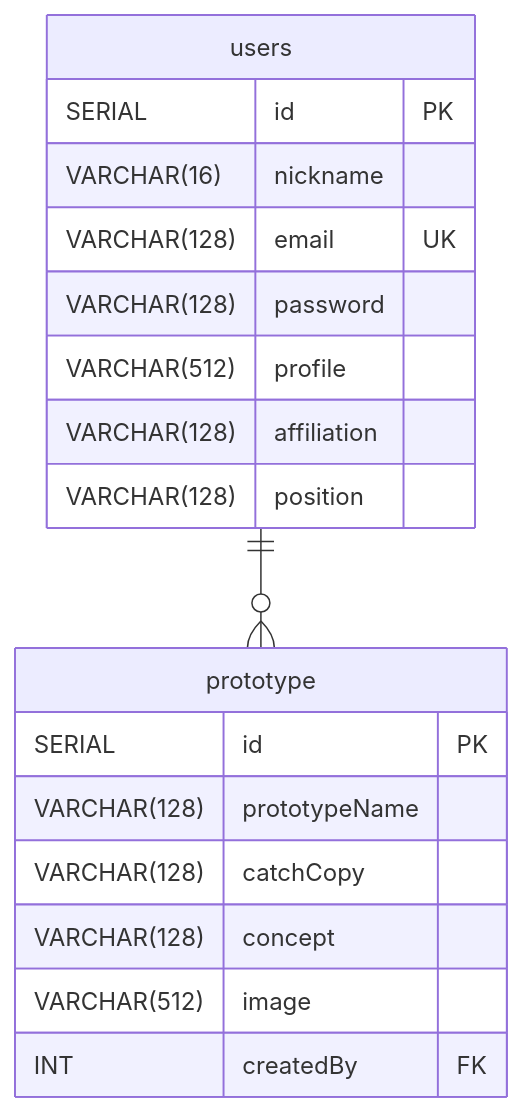
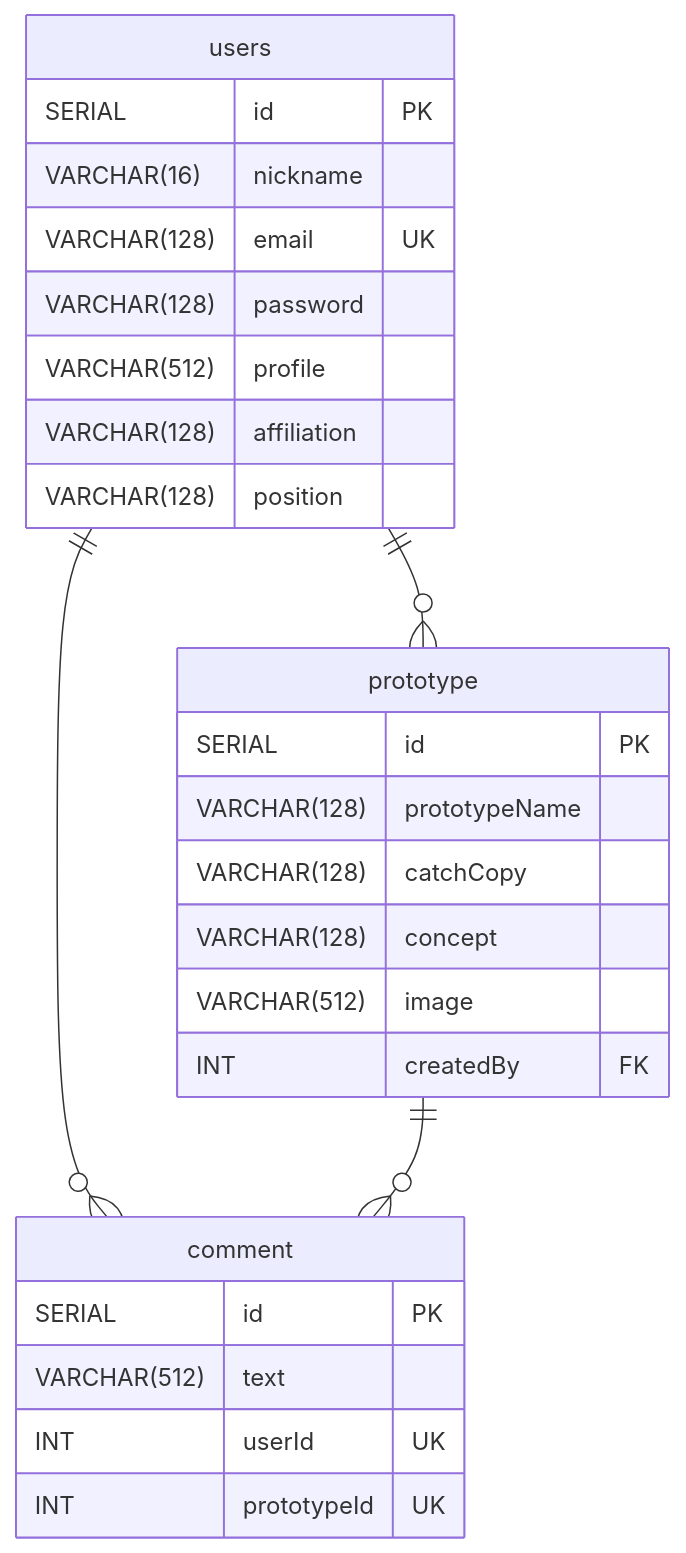
The diagram in README.md (Maeda-smart/protospace-b), drawn with Mermaid before and after one commit.

Commit message:
現状を反映

````diff
--- a/README.md
+++ b/README.md
@@ -16,21 +16,29 @@
 ```mermaid
 erDiagram
   users ||--o{ prototype: ""
+  users ||--o{ comment: ""
+  prototype ||--o{ comment: ""
   users{
     SERIAL id PK
     VARCHAR(16) nickname
     VARCHAR(128) email UK
     VARCHAR(128) password
     VARCHAR(512) profile
     VARCHAR(128) affiliation
     VARCHAR(128) position
   }
   prototype{
     SERIAL id PK
     VARCHAR(128) prototypeName
     VARCHAR(128) catchCopy
     VARCHAR(128) concept
     VARCHAR(512) image
     INT createdBy FK
   }
+  comment{
+    SERIAL id PK
+    VARCHAR(512) text
+    INT userId UK
+    INT prototypeId UK
+  }
 ```
````
